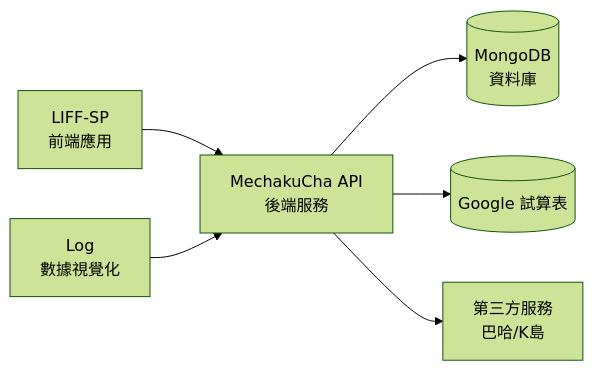
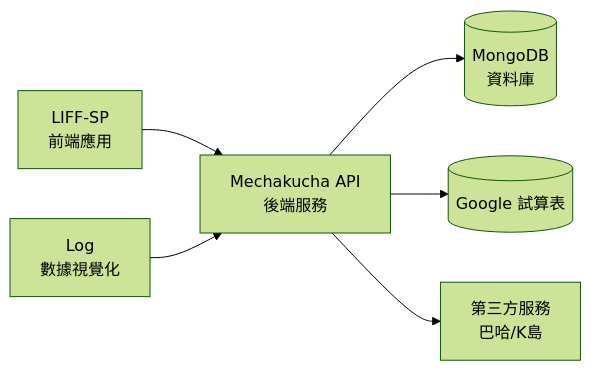
One commit to clipwww/personal changed the diagram in docs/side-projects.md. Above: the diagram before and after it, drawn with Mermaid (forest theme). The commit also changed other lines of this file and 1 other file, not shown here.

Commit message:
fix(side-projects): 修正 MechakuCha API 的拼寫錯誤

````diff
--- a/docs/side-projects.md
+++ b/docs/side-projects.md
@@ -163,8 +163,8 @@
 ```mermaid
 graph LR
-    A[LIFF-SP<br/>前端應用] --> B[MechakuCha API<br/>後端服務]
+    A[LIFF-SP<br/>前端應用] --> B[Mechakucha API<br/>後端服務]
     C[Log<br/>數據視覺化] --> B
     B --> D[(MongoDB<br/>資料庫)]
     B --> F[(Google 試算表)]
     B --> E[第三方服務<br/>巴哈/K島]
 ```
````
